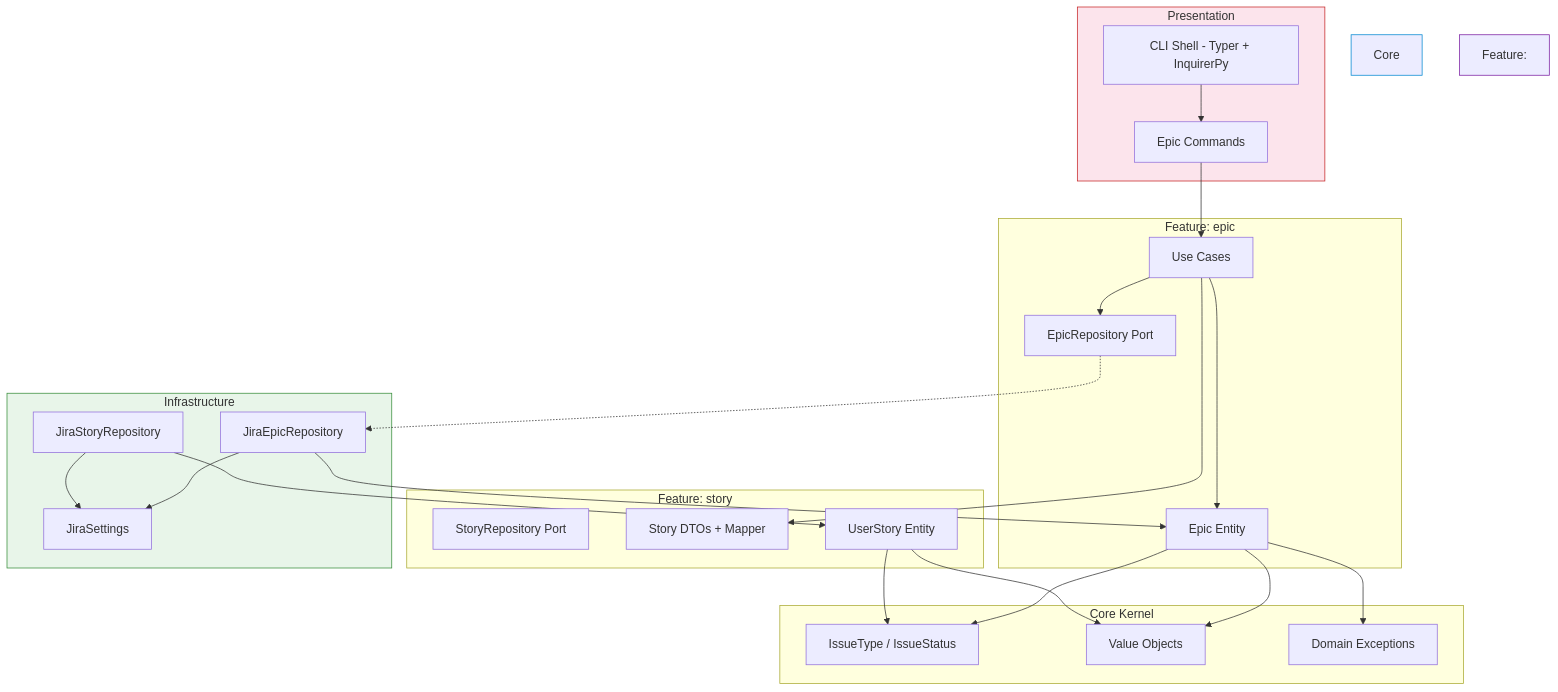
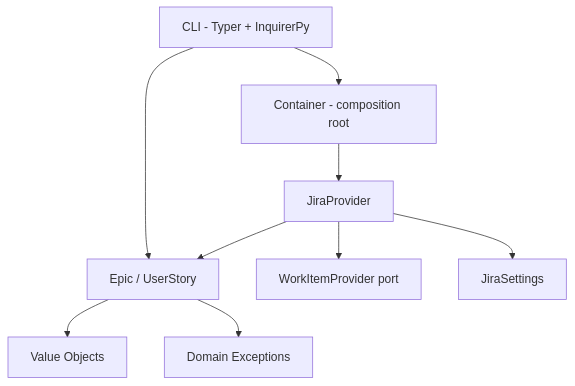
Before and after one commit to alonsovndev/dev-work-wire: the first of 2 diagrams in docs/architecture/overview.md, drawn with Mermaid. The commit also changed other lines of this file and 23 other files, not shown here.

````diff
--- a/docs/architecture/overview.md
+++ b/docs/architecture/overview.md
@@ -38,53 +42,11 @@
 ```mermaid
 graph TD
-    subgraph "Presentation"
-        CLI[CLI Shell - Typer + InquirerPy]
-        CMD[Epic Commands]
-    end
-
-    subgraph "Feature: epic"
-        EUC[Use Cases]
-        EPORT[EpicRepository Port]
-        EDOM[Epic Entity]
-    end
-
-    subgraph "Feature: story"
-        SPORT[StoryRepository Port]
-        SDTO[Story DTOs + Mapper]
-        SDOM[UserStory Entity]
-    end
-
-    subgraph "Core Kernel"
-        ISSUE[IssueType / IssueStatus]
-        VO[Value Objects]
-        EXC[Domain Exceptions]
-    end
-
-    subgraph "Infrastructure"
-        EIMPL[JiraEpicRepository]
-        SIMPL[JiraStoryRepository]
-        SETTINGS[JiraSettings]
-    end
-
-    CLI --> CMD
-    CMD --> EUC
-    EUC --> EPORT
-    EUC --> EDOM
-    EPORT -.-> EIMPL
-    EDOM --> ISSUE
-    EDOM --> VO
-    EDOM --> EXC
-    SDOM --> ISSUE
-    SDOM --> VO
-    EUC --> SDTO
-    EIMPL --> SETTINGS
-    SIMPL --> SETTINGS
-    EIMPL --> EDOM
-    SIMPL --> SDOM
-
-    style Core Kernel fill:#e1f5fe,stroke:#0288d1
-    style Feature: epic fill:#fff3e0,stroke:#f57c00
-    style Feature: story fill:#f3e5f5,stroke:#7b1fa2
-    style Presentation fill:#fce4ec,stroke:#c62828
-    style Infrastructure fill:#e8f5e9,stroke:#388e3c
+    CLI[CLI - Typer + InquirerPy] --> Container[Container - composition root]
+    Container --> Provider[JiraProvider]
+    CLI --> Domain[Epic / UserStory]
+    Provider --> Port[WorkItemProvider port]
+    Provider --> Domain
+    Provider --> Settings[JiraSettings]
+    Domain --> VO[Value Objects]
+    Domain --> Exc[Domain Exceptions]
 ```
````
